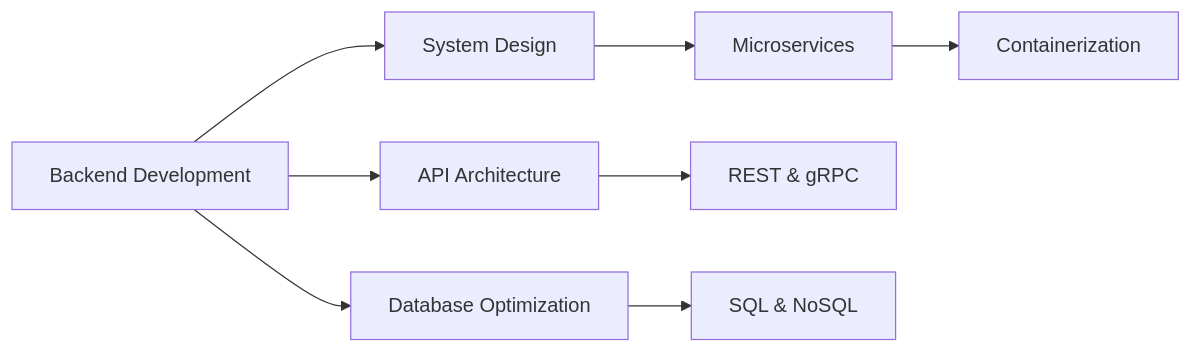
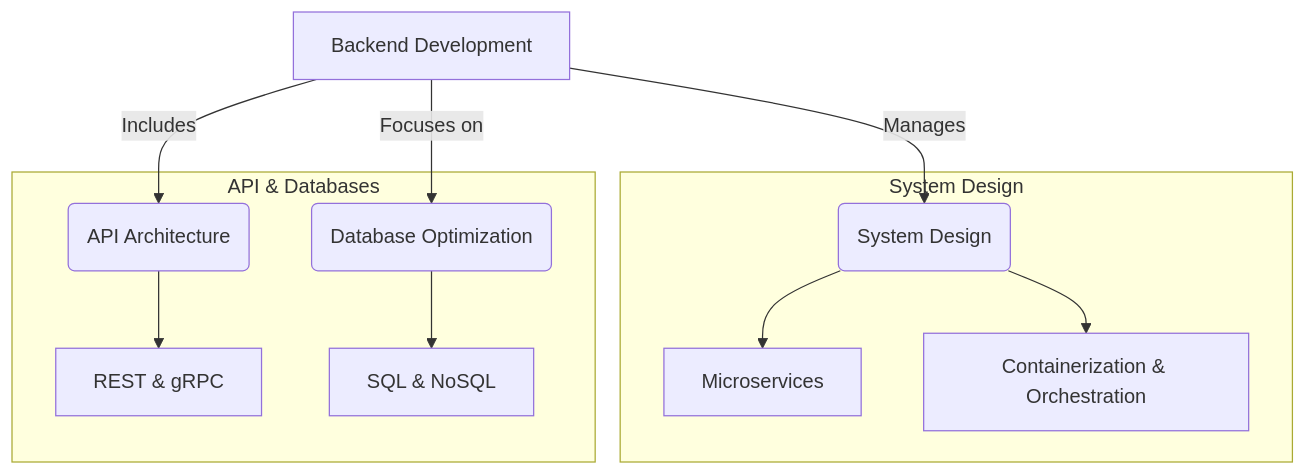
One commit to RajaSunrise/RajaSunrise changed the diagram in README.md. Above: the diagram before and after it, drawn with Mermaid. The commit also changed other lines of this file, not shown here.

````diff
--- a/README.md
+++ b/README.md
@@ -38,10 +37,16 @@
 ```mermaid
-graph LR
-  A[Backend Development] --> B[System Design]
-     A --> C[API Architecture]
-     A --> D[Database Optimization]
-     B --> E[Microservices]
-     C --> F[REST & gRPC]
-     D --> G[SQL & NoSQL]
-     E --> H[Containerization]
+graph TD
+    A[Backend Development] -->|Manages| B(System Design);
+    A -->|Includes| C(API Architecture);
+    A -->|Focuses on| D(Database Optimization);
+
+    subgraph "System Design"
+        B --> E[Microservices];
+        B --> H[Containerization & Orchestration];
+    end
+
+    subgraph "API & Databases"
+        C --> F[REST & gRPC];
+        D --> G[SQL & NoSQL];
+    end
 ```
````
